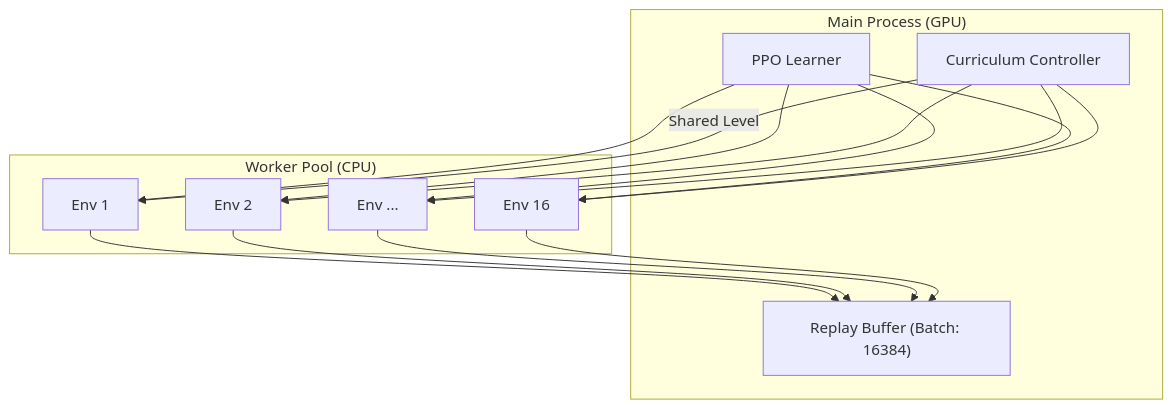
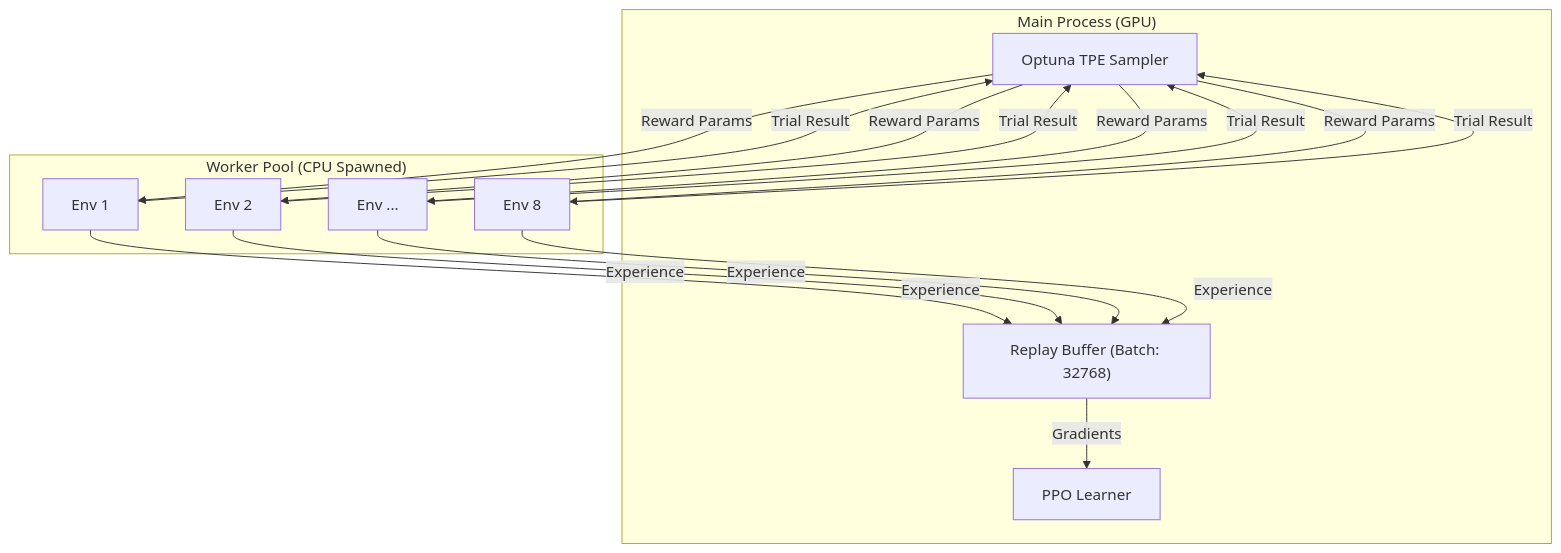
The seventh of 8 diagrams in README.md (didi-09/AI_DRIVEN_SOAR), drawn with Mermaid before and after one commit. The commit also changed other lines of this file, not shown here.

First line of the commit message:
Revise README for V5 architecture and optimizations

````diff
--- a/README.md
+++ b/README.md
@@ -306,30 +303,20 @@
 ```mermaid
 graph TD
     subgraph "Main Process (GPU)"
         Learner["PPO Learner"]
-        Mem["Replay Buffer (Batch: 16384)"]
-        Curriculum["Curriculum Controller"]
+        Mem["Replay Buffer (Batch: 32768)"]
+        Optimizer["Optuna TPE Sampler"]
     end
 
-    subgraph "Worker Pool (CPU)"
+    subgraph "Worker Pool (CPU Spawned)"
         W1["Env 1"]
         W2["Env 2"]
         W3["Env ..."]
-        W16["Env 16"]
+        W8["Env 8"]
     end
     
-    W1 --> Mem
-    W2 --> Mem
-    W3 --> Mem
-    W16 --> Mem
-    
-    Learner --> W1
-    Learner --> W2
-    Learner --> W3
-    Learner --> W16
-    
-    Curriculum -->|Shared Level| W1
-    Curriculum --> W2
-    Curriculum --> W3
-    Curriculum --> W16
+    Optimizer -->|Reward Params| W1 & W2 & W3 & W8
+    W1 & W2 & W3 & W8 -->|Experience| Mem
+    Mem -->|Gradients| Learner
+    W1 & W2 & W3 & W8 -->|Trial Result| Optimizer
 ```
````
